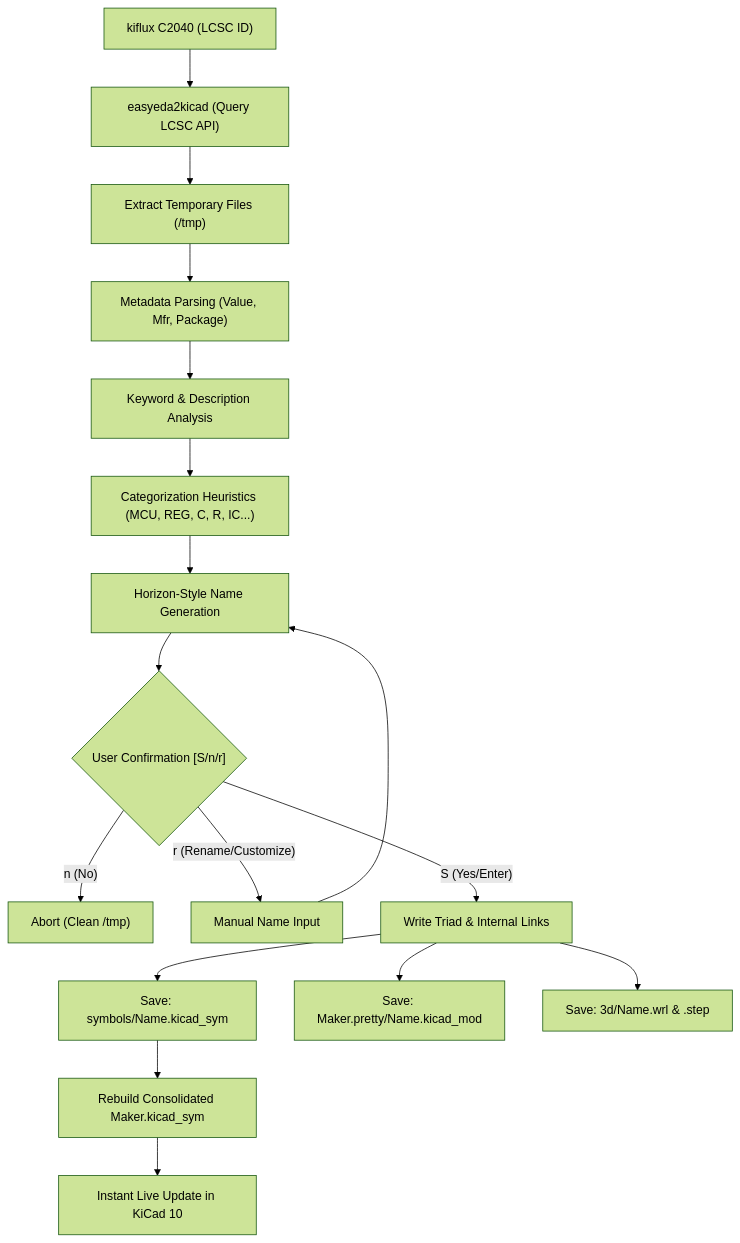
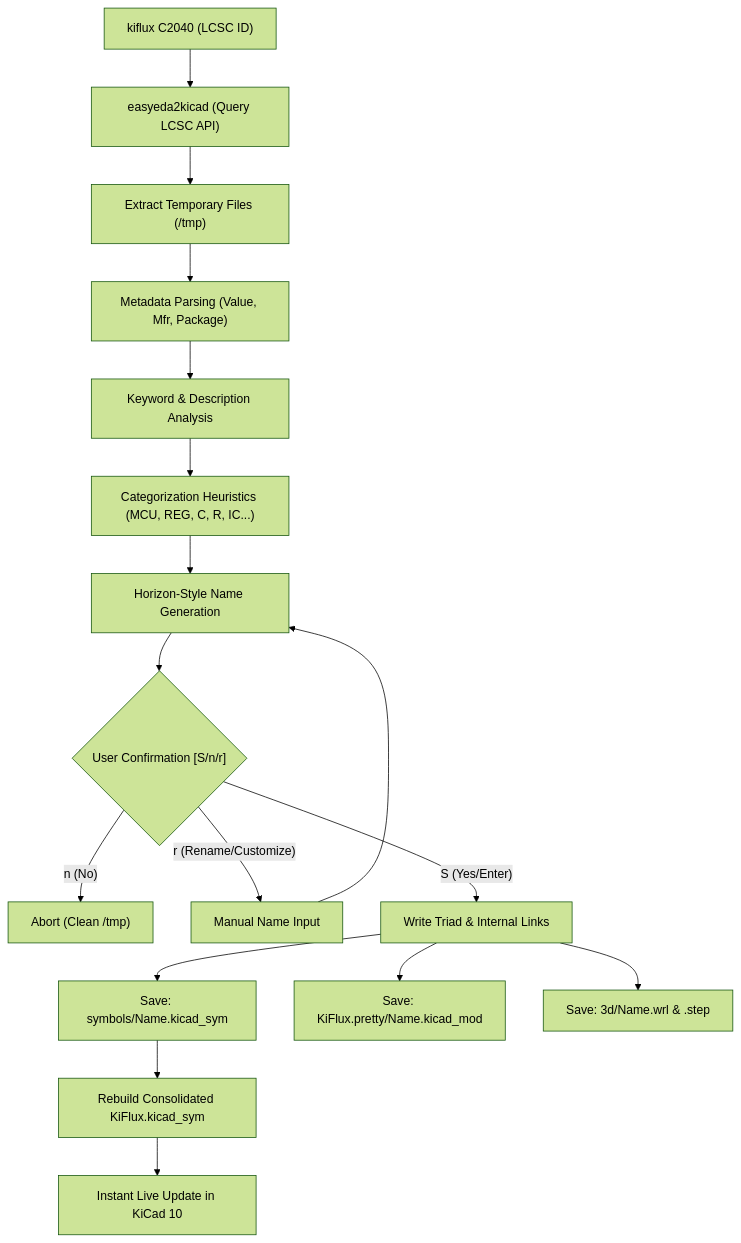
Before and after one commit to oMatheus13/KiFlux: the diagram in README.md, drawn with Mermaid (forest theme). The commit also changed other lines of this file and 3 other files, not shown here.

````diff
--- a/README.md
+++ b/README.md
@@ -31,19 +42,19 @@
 ```mermaid
 graph TD
     A["kiflux C2040 (LCSC ID)"] --> B["easyeda2kicad (Query LCSC API)"]
     B --> C["Extract Temporary Files (/tmp)"]
     C --> D["Metadata Parsing (Value, Mfr, Package)"]
     D --> E["Keyword & Description Analysis"]
     E --> F["Categorization Heuristics (MCU, REG, C, R, IC...)"]
     F --> G["Horizon-Style Name Generation"]
     G --> H{"User Confirmation [S/n/r]"}
     H -- "n (No)" --> I["Abort (Clean /tmp)"]
     H -- "r (Rename/Customize)" --> IR["Manual Name Input"]
     IR --> G
     H -- "S (Yes/Enter)" --> J["Write Triad & Internal Links"]
     J --> K["Save: symbols/Name.kicad_sym"]
-    J --> L["Save: Maker.pretty/Name.kicad_mod"]
+    J --> L["Save: KiFlux.pretty/Name.kicad_mod"]
     J --> M["Save: 3d/Name.wrl & .step"]
-    K --> N["Rebuild Consolidated Maker.kicad_sym"]
+    K --> N["Rebuild Consolidated KiFlux.kicad_sym"]
     N --> O["Instant Live Update in KiCad 10"]
 ```
````
